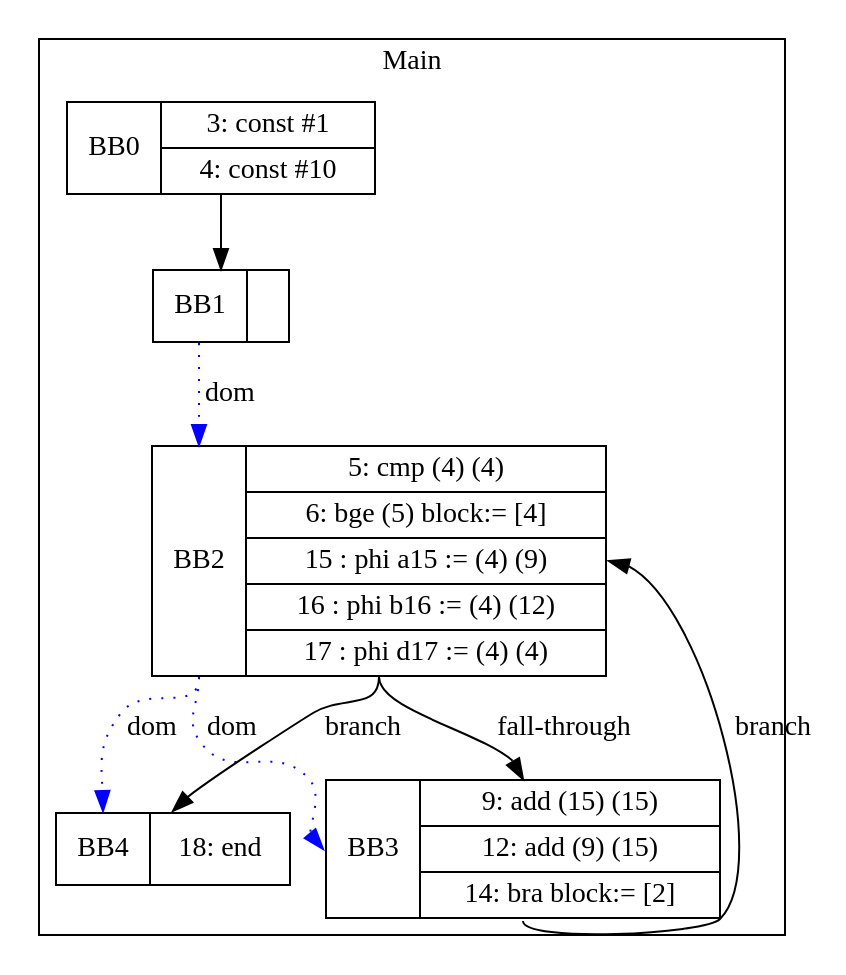
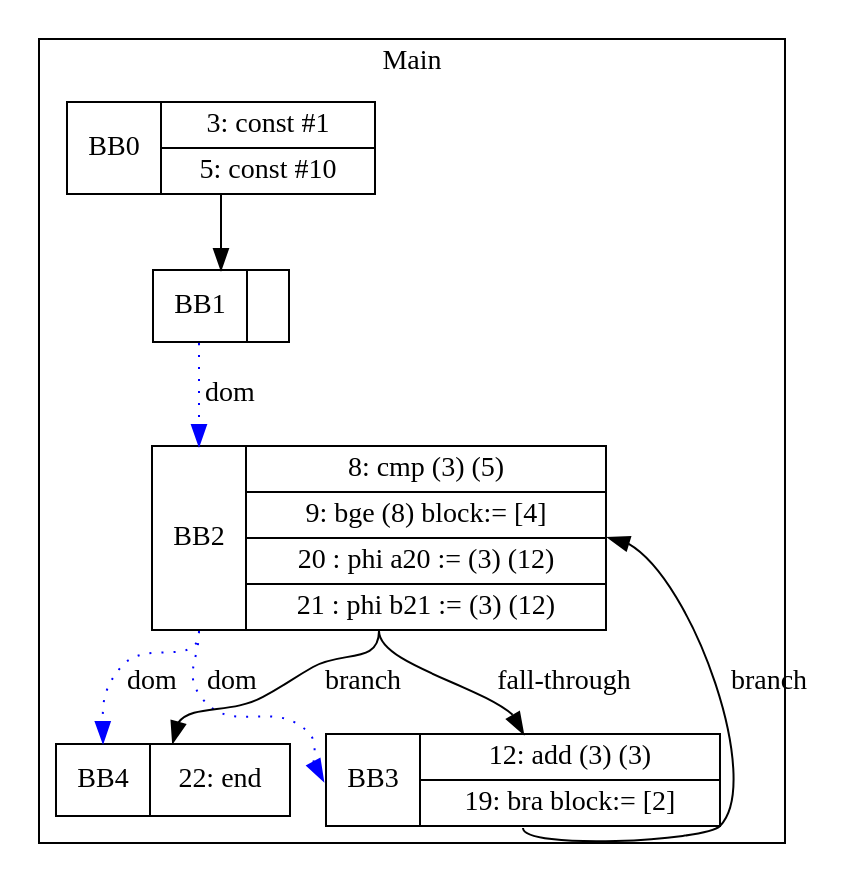
The diagram in visualization/Hongyu/while/test3.gv (zjc664656505/UCI-CS241-Advanced-Compiler-main), drawn with Graphviz before and after one commit. The commit also changed 65 other files, not shown here.

```diff
--- a/visualization/Hongyu/while/test3.gv
+++ b/visualization/Hongyu/while/test3.gv
@@ -1,18 +1,18 @@
 digraph G {
 node [shape=record];
 subgraph cluster_main{
 label = "Main";
-BB0 [shape=record, label="<b>BB0|{3: const #1|4: const #10}"];
+BB0 [shape=record, label="<b>BB0|{3: const #1|5: const #10}"];
 BB1 [shape=record, label="<b>BB1|}"];
-BB2 [shape=record, label="<b>BB2|{5: cmp (4) (4)|6: bge (5) block:= [4]|15 : phi a15 := (4) (9)|16 : phi b16 := (4) (12)|17 : phi d17 := (4) (4)}"];
-BB3 [shape=record, label="<b>BB3|{9: add (15) (15)|12: add (9) (15)|14: bra block:= [2]}"];
-BB4 [shape=record, label="<b>BB4|{18: end}"];
+BB2 [shape=record, label="<b>BB2|{8: cmp (3) (5)|9: bge (8) block:= [4]|20 : phi a20 := (3) (12)|21 : phi b21 := (3) (12)}"];
+BB3 [shape=record, label="<b>BB3|{12: add (3) (3)|19: bra block:= [2]}"];
+BB4 [shape=record, label="<b>BB4|{22: end}"];
 }
 BB0:s -> BB1:n ;
 BB2:b -> BB3:b [color=blue, style=dotted, label="dom"];
 BB2:b -> BB4:b [color=blue, style=dotted, label="dom"];
 BB1:b -> BB2:b [color=blue, style=dotted, label="dom"];
 BB2:s -> BB4:n [label="branch"];
 BB3:s -> BB2:e [label="branch"];
 BB2:s -> BB3:n [label="fall-through"];
 }
```
